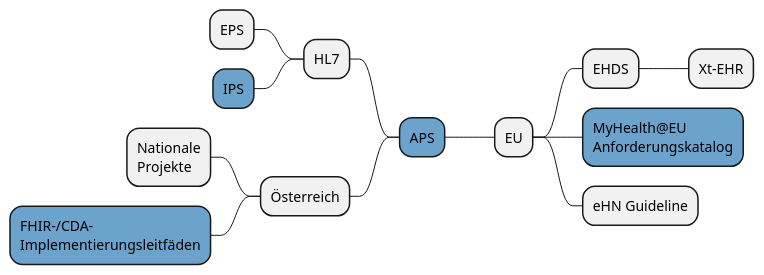
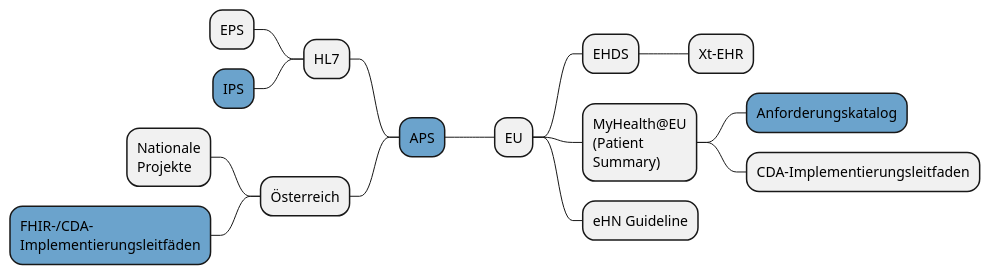
One commit to HL7Austria/ELGA-AustrianPatientSummary-R4 changed the diagram in input/images-source/aps-environment.plantuml. Above: the diagram before and after it, drawn with PlantUML. The commit also changed 1 other file, not shown here.

```diff
--- a/input/images-source/aps-environment.plantuml
+++ b/input/images-source/aps-environment.plantuml
@@ -1,20 +1,22 @@
 @startmindmap
 <style>
 node {
     MaximumWidth 100
 }
 </style>
 
 +[#6BA3CC] APS
 ++ EU
 +++ EHDS
 ++++ Xt-EHR
-+++[#6BA3CC] MyHealth@EU Anforderungskatalog
++++ MyHealth@EU (Patient Summary)
+++++[#6BA3CC] Anforderungskatalog
+++++ CDA-Implementierungsleitfaden
 +++ eHN Guideline
 -- HL7
 --- EPS
 ---[#6BA3CC] IPS
 -- Österreich
 --- Nationale Projekte
 ---[#6BA3CC] FHIR-/CDA- Implementierungsleitfäden
 @endmindmap
```
